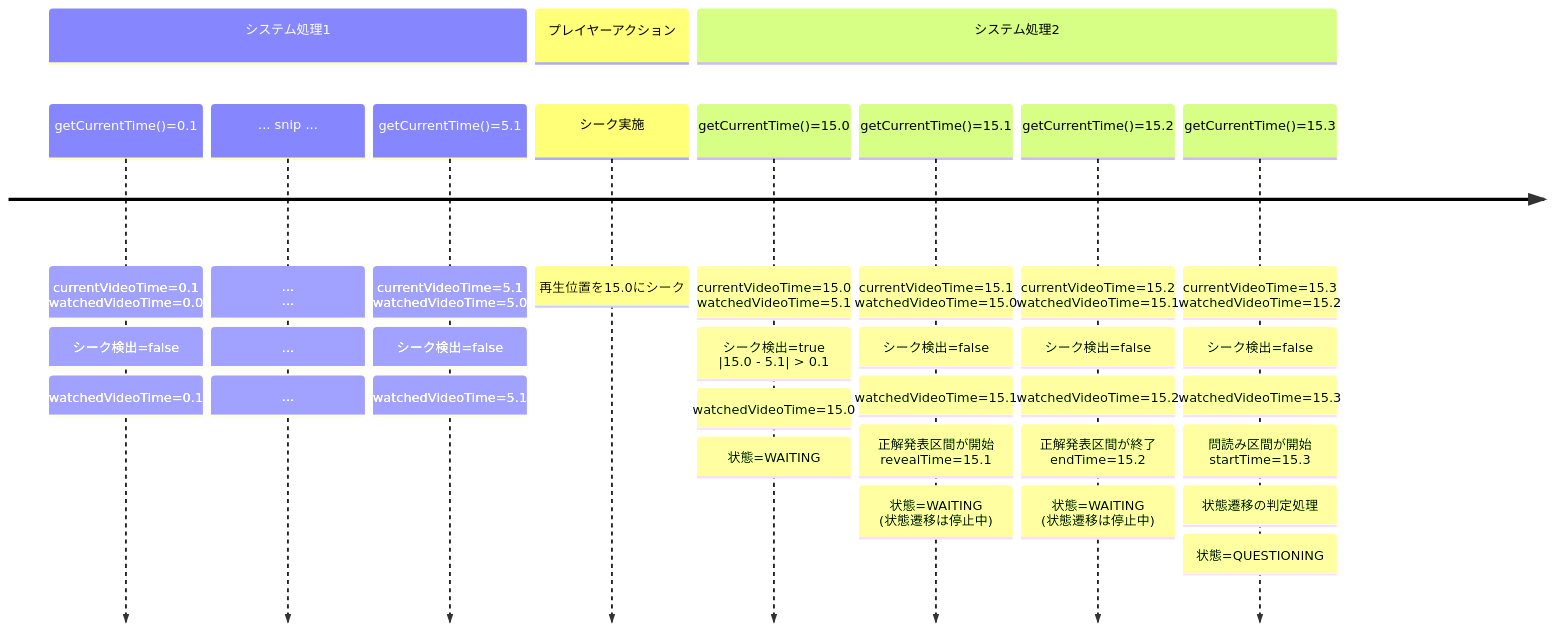
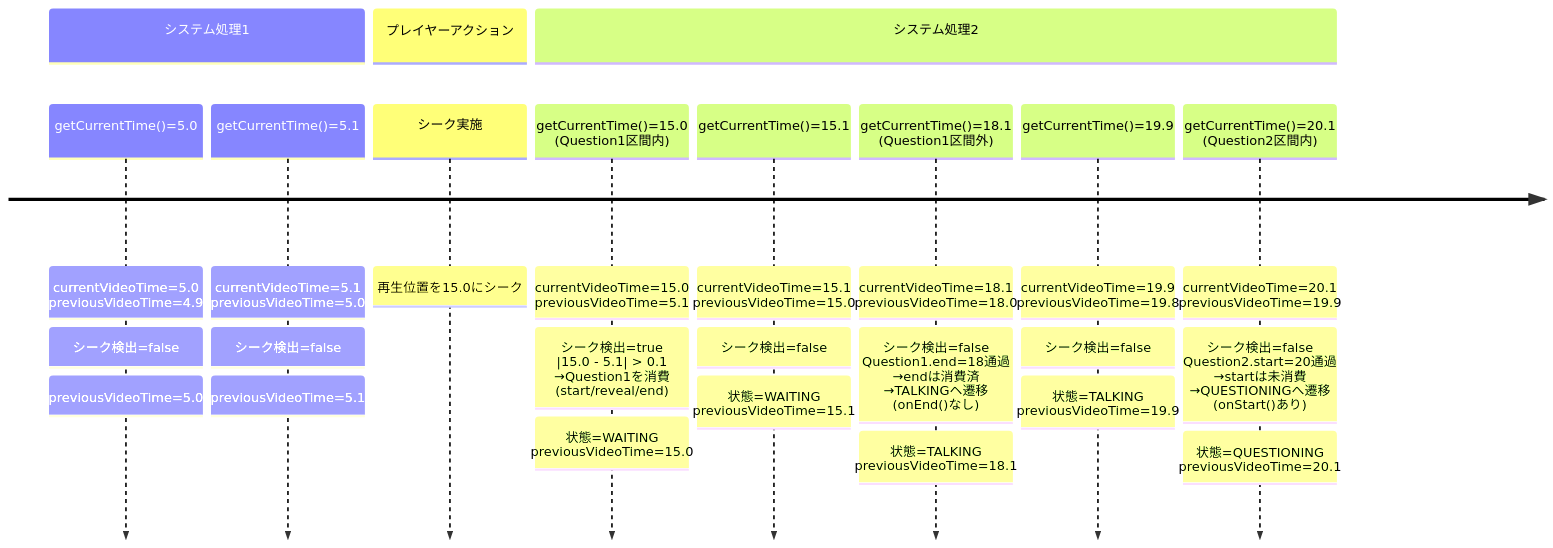
Before and after one commit to t-yokota/youtube-quiz-battle: the seventh of 7 diagrams in .kiro/specs/youtube-quiz-battle/design.md, drawn with Mermaid. The commit also changed other lines of this file, not shown here.

First line of the commit message:
design変更: 時間管理システムの仕様をpreviousVideoTimeベースに変更

````diff
--- a/.kiro/specs/youtube-quiz-battle/design.md
+++ b/.kiro/specs/youtube-quiz-battle/design.md
@@ -652,14 +738,14 @@
 ```mermaid
 timeline
   section システム処理1
-    getCurrentTime()=0.1 : currentVideoTime=0.1<br>watchedVideoTime=0.0: シーク検出=false: watchedVideoTime=0.1
-    ... snip ... : ...<br>... : ... : ...
-    getCurrentTime()=5.1 : currentVideoTime=5.1<br>watchedVideoTime=5.0: シーク検出=false: watchedVideoTime=5.1
+    getCurrentTime()=5.0 : currentVideoTime=5.0<br>previousVideoTime=4.9: シーク検出=false: previousVideoTime=5.0
+    getCurrentTime()=5.1 : currentVideoTime=5.1<br>previousVideoTime=5.0: シーク検出=false: previousVideoTime=5.1
   section プレイヤーアクション
     シーク実施 : 再生位置を15.0にシーク
   section システム処理2
-    getCurrentTime()=15.0 : currentVideoTime=15.0<br>watchedVideoTime=5.1: シーク検出=true<br>|15.0 - 5.1| > 0.1: watchedVideoTime=15.0: 状態=WAITING
-    getCurrentTime()=15.1 : currentVideoTime=15.1<br>watchedVideoTime=15.0: シーク検出=false: watchedVideoTime=15.1: 正解発表区間が開始<br>revealTime=15.1 : 状態=WAITING<br>(状態遷移は停止中)
-    getCurrentTime()=15.2 : currentVideoTime=15.2<br>watchedVideoTime=15.1: シーク検出=false: watchedVideoTime=15.2: 正解発表区間が終了<br>endTime=15.2 : 状態=WAITING<br>(状態遷移は停止中)
-    getCurrentTime()=15.3 : currentVideoTime=15.3<br>watchedVideoTime=15.2: シーク検出=false: watchedVideoTime=15.3: 問読み区間が開始<br>startTime=15.3 : 状態遷移の判定処理 : 状態=QUESTIONING
+    getCurrentTime()=15.0<br>(Question1区間内) : currentVideoTime=15.0<br>previousVideoTime=5.1: シーク検出=true<br>|15.0 - 5.1| > 0.1<br>→Question1を消費<br>(start/reveal/end): 状態=WAITING<br>previousVideoTime=15.0
+    getCurrentTime()=15.1 : currentVideoTime=15.1<br>previousVideoTime=15.0: シーク検出=false: 状態=WAITING<br>previousVideoTime=15.1
+    getCurrentTime()=18.1<br>(Question1区間外) : currentVideoTime=18.1<br>previousVideoTime=18.0: シーク検出=false<br>Question1.end=18通過<br>→endは消費済<br>→TALKINGヘ遷移<br>(onEnd()なし): 状態=TALKING<br>previousVideoTime=18.1
+    getCurrentTime()=19.9 : currentVideoTime=19.9<br>previousVideoTime=19.8: シーク検出=false: 状態=TALKING<br>previousVideoTime=19.9
+    getCurrentTime()=20.1<br>(Question2区間内) : currentVideoTime=20.1<br>previousVideoTime=19.9: シーク検出=false<br>Question2.start=20通過<br>→startは未消費<br>→QUESTIONINGへ遷移<br>(onStart()あり): 状態=QUESTIONING<br>previousVideoTime=20.1
 ```
````
